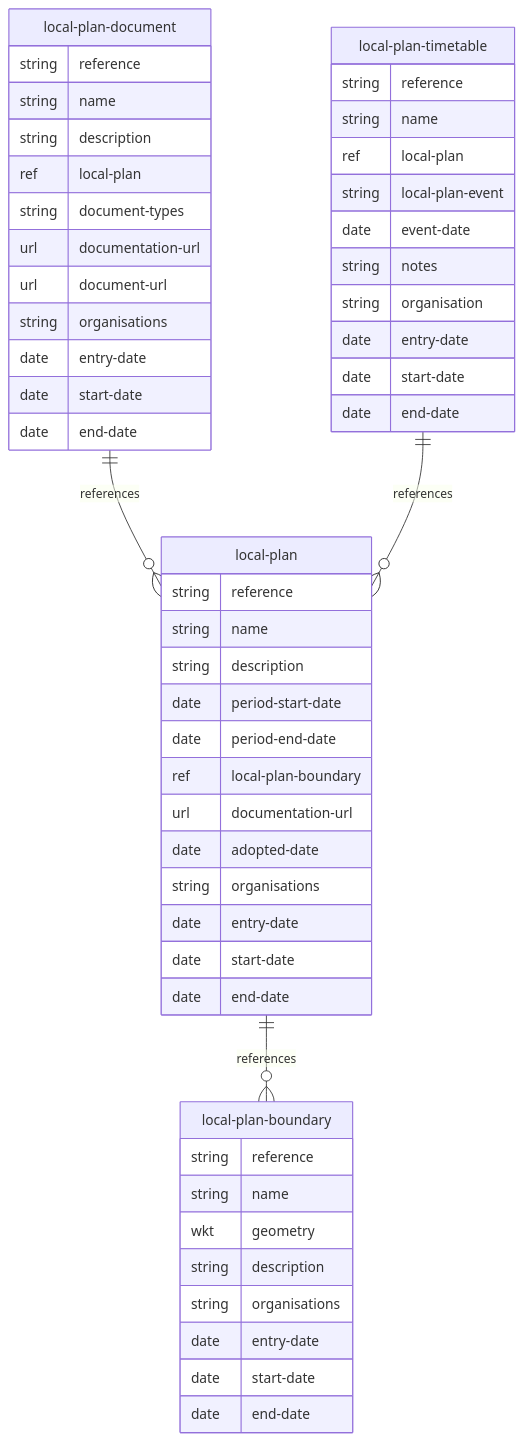
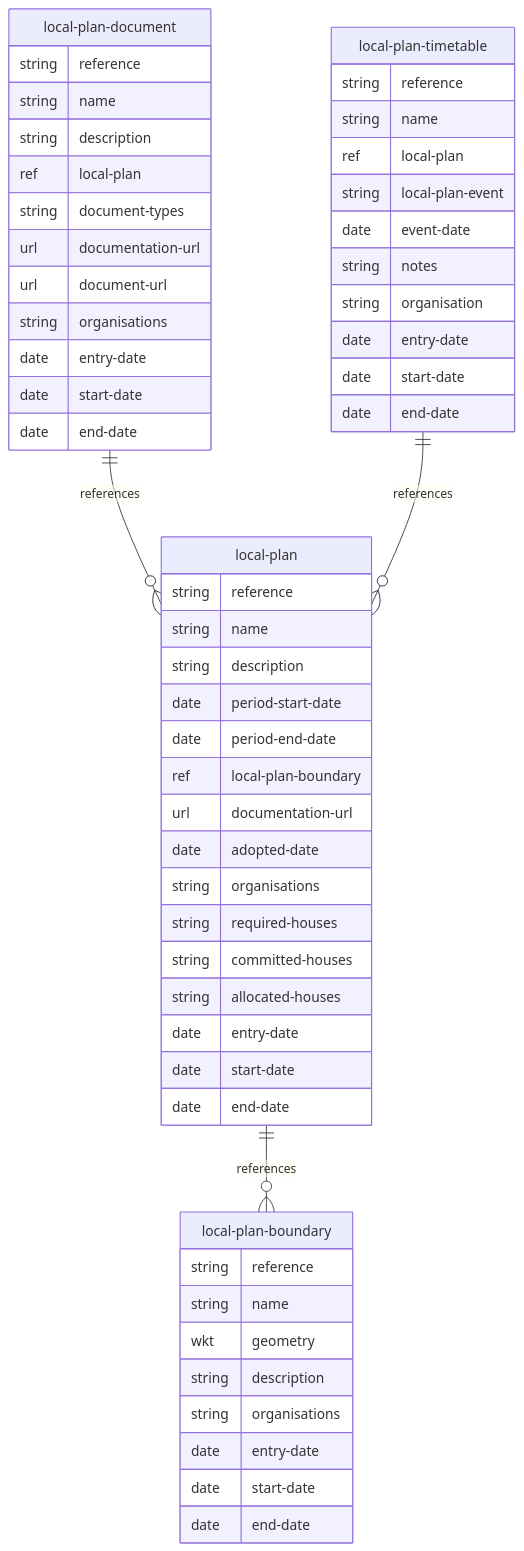
The diagram in docs/mermaid/local-plan.md (digital-land/specification), drawn with Mermaid before and after one commit. The commit also changed 17 other files, not shown here.

````diff
--- a/docs/mermaid/local-plan.md
+++ b/docs/mermaid/local-plan.md
@@ -4,55 +4,58 @@
 ```mermaid
 erDiagram
     local-plan-boundary {
         string reference
         string name
         wkt geometry
         string description
         string organisations
         date entry-date
         date start-date
         date end-date
     }
     local-plan {
         string reference
         string name
         string description
         date period-start-date
         date period-end-date
         ref local-plan-boundary
         url documentation-url
         date adopted-date
         string organisations
+        string required-houses
+        string committed-houses
+        string allocated-houses
         date entry-date
         date start-date
         date end-date
     }
     local-plan-document {
         string reference
         string name
         string description
         ref local-plan
         string document-types
         url documentation-url
         url document-url
         string organisations
         date entry-date
         date start-date
         date end-date
     }
     local-plan-timetable {
         string reference
         string name
         ref local-plan
         string local-plan-event
         date event-date
         string notes
         string organisation
         date entry-date
         date start-date
         date end-date
     }
     local-plan ||--o{ local-plan-boundary : references
     local-plan-document ||--o{ local-plan : references
     local-plan-timetable ||--o{ local-plan : references
 ```
````
